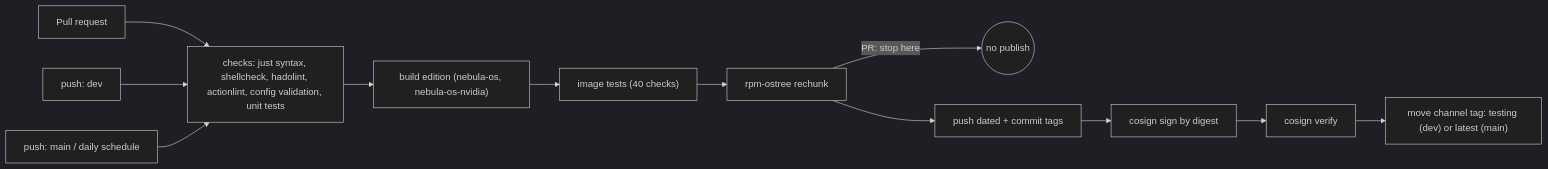
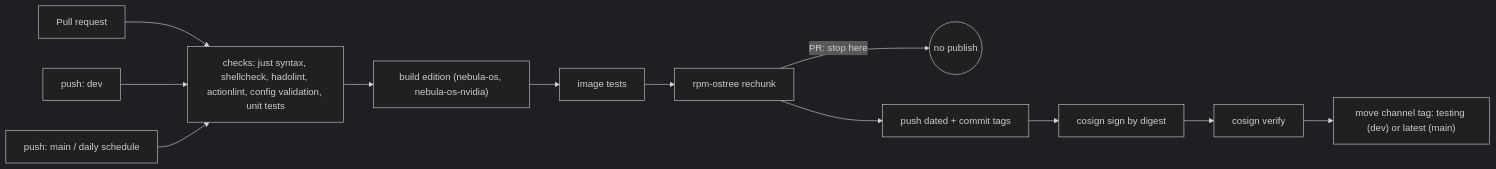
The second of 3 diagrams in docs/ARCHITECTURE.md (trevor99-afk/nebula-os), drawn with Mermaid (dark theme) before and after one commit. The commit also changed 19 other files, not shown here.

First line of the commit message:
Fix the NVIDIA build and the Phase 1 review findings

````diff
--- a/docs/ARCHITECTURE.md
+++ b/docs/ARCHITECTURE.md
@@ -38,12 +38,12 @@
 ```mermaid
 flowchart LR
     PR["Pull request"] --> C
     Dev["push: dev"] --> C
     Main["push: main / daily schedule"] --> C
     C["checks: just syntax, shellcheck, hadolint, actionlint, config validation, unit tests"] --> BLD
-    BLD["build edition (nebula-os, nebula-os-nvidia)"] --> TST["image tests (40 checks)"]
+    BLD["build edition (nebula-os, nebula-os-nvidia)"] --> TST["image tests"]
     TST --> RC["rpm-ostree rechunk"]
     RC -->|PR: stop here| X(("no publish"))
     RC --> P1["push dated + commit tags"]
     P1 --> SG["cosign sign by digest"] --> V["cosign verify"] --> P2["move channel tag: testing (dev) or latest (main)"]
 ```
````
